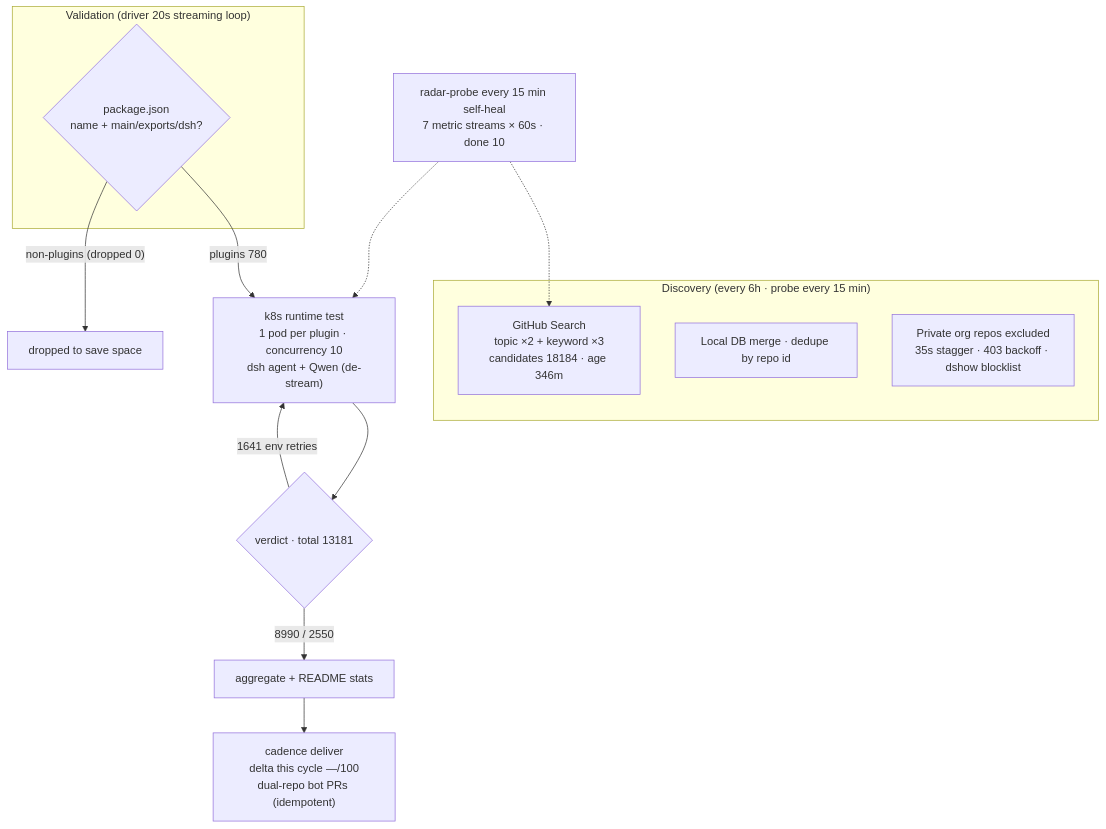
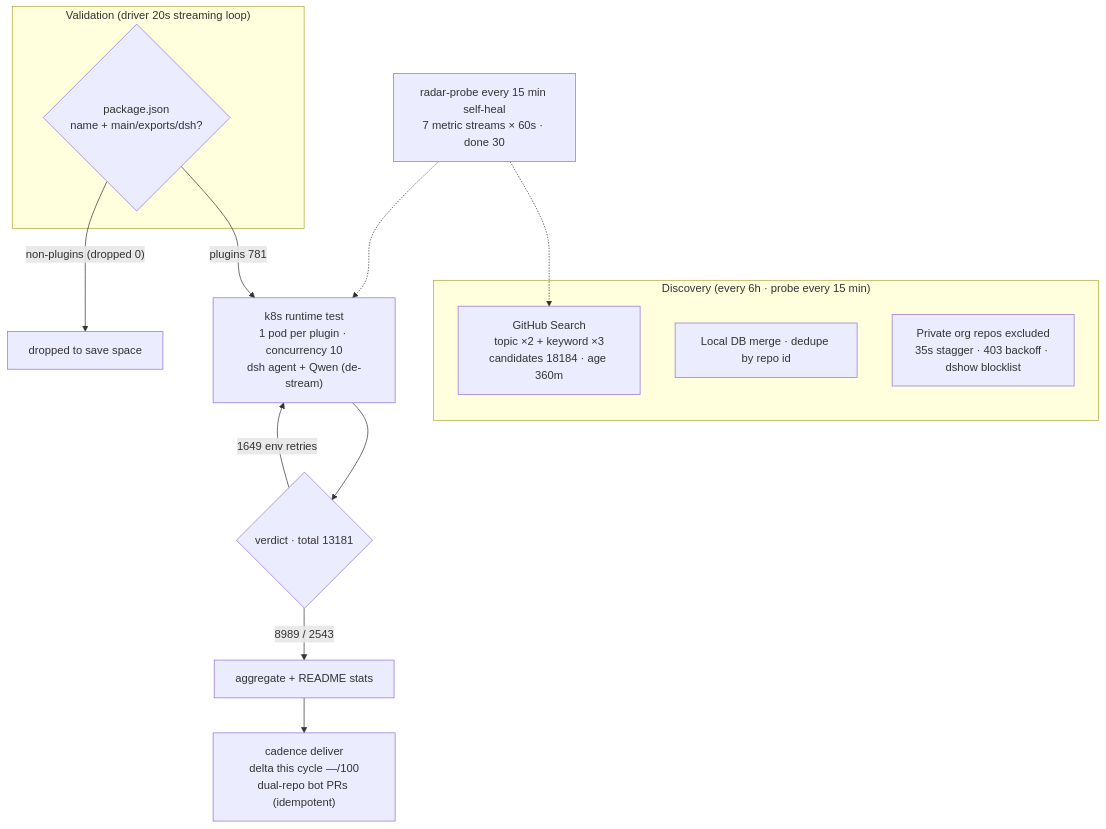
The diagram in README.en-US.md (AdamPlatin123/awesome-dsh-plugins), drawn with Mermaid before and after one commit. The commit also changed other lines of this file and 5 other files, not shown here.

````diff
--- a/README.en-US.md
+++ b/README.en-US.md
@@ -45,20 +45,20 @@
 ```mermaid
 flowchart TB
     subgraph Discovery["Discovery (every 6h · probe every 15 min)"]
-        A1["GitHub Search<br/>topic ×2 + keyword ×3<br/>candidates 18184 · age 346m"]
+        A1["GitHub Search<br/>topic ×2 + keyword ×3<br/>candidates 18184 · age 360m"]
         A2["Local DB merge · dedupe by repo id"]
         A3["Private org repos excluded<br/>35s stagger · 403 backoff · dshow blocklist"]
     end
     subgraph Validation["Validation (driver 20s streaming loop)"]
         B1{"package.json<br/>name + main/exports/dsh?"}
     end
-    B1 -->|"plugins 780"| C1["k8s runtime test<br/>1 pod per plugin · concurrency 10<br/>dsh agent + Qwen (de-stream)"]
+    B1 -->|"plugins 781"| C1["k8s runtime test<br/>1 pod per plugin · concurrency 10<br/>dsh agent + Qwen (de-stream)"]
     B1 -->|"non-plugins (dropped 0)"| B3["dropped to save space"]
     C1 --> D1{"verdict · total 13181"}
-    D1 -->|"8990 / 2550"| E1["aggregate + README stats"]
-    D1 -->|"1641 env retries"| C1
+    D1 -->|"8989 / 2543"| E1["aggregate + README stats"]
+    D1 -->|"1649 env retries"| C1
     E1 --> E2["cadence deliver<br/>delta this cycle —/100<br/>dual-repo bot PRs (idempotent)"]
-    M["radar-probe every 15 min self-heal<br/>7 metric streams × 60s · done 10"]
+    M["radar-probe every 15 min self-heal<br/>7 metric streams × 60s · done 30"]
     M -.-> A1
     M -.-> C1
 ```
````
